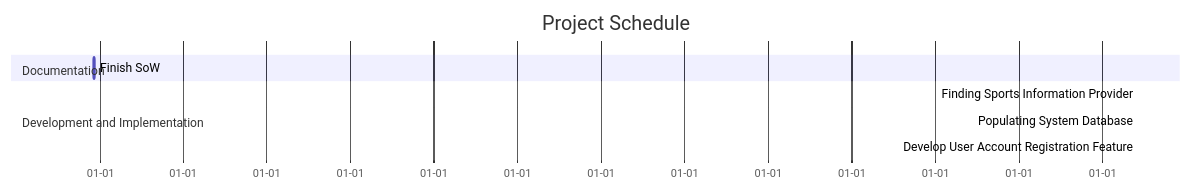
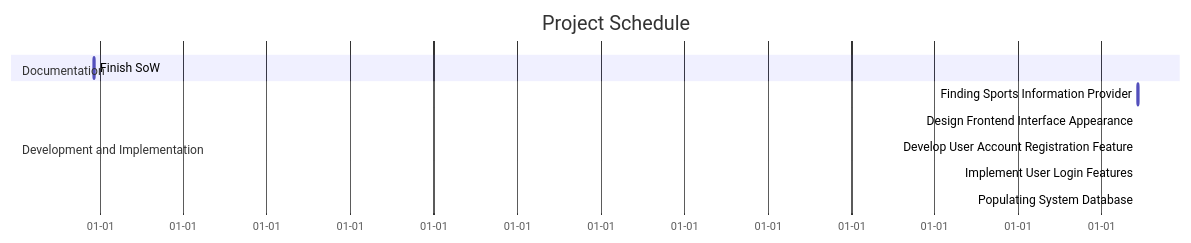
The diagram in StatementOfWork.md (hamiltons15/teamProj-f26-docs), drawn with Mermaid before and after one commit. The commit also changed other lines of this file, not shown here.

Commit message:
Schedule Format (Gantt Chart) Update to StatementOfWork.md

````diff
--- a/StatementOfWork.md
+++ b/StatementOfWork.md
@@ -110,14 +112,16 @@
 ```mermaid
 gantt
     title Project Schedule
     dateFormat MM/DD
     axisFormat %m-%d
 
     section Documentation
     Finish SoW : des1, 11/9, 7d
 
     section Development and Implementation
     Finding Sports Information Provider : des2, 11/17, 1d
-    Populating System Database : des3, 11/17, 1d
-    Develop User Account Registration Feature : des4, 11/18, 1d
+    Design Frontend Interface Appearance : des3, 11/18, 1d
+    Develop User Account Registration Feature : des4, 11/19, 1d
+    Implement User Login Features : des5, 11/20, 1d
+    Populating System Database : des6, 11/21, 1d
 ```
````
